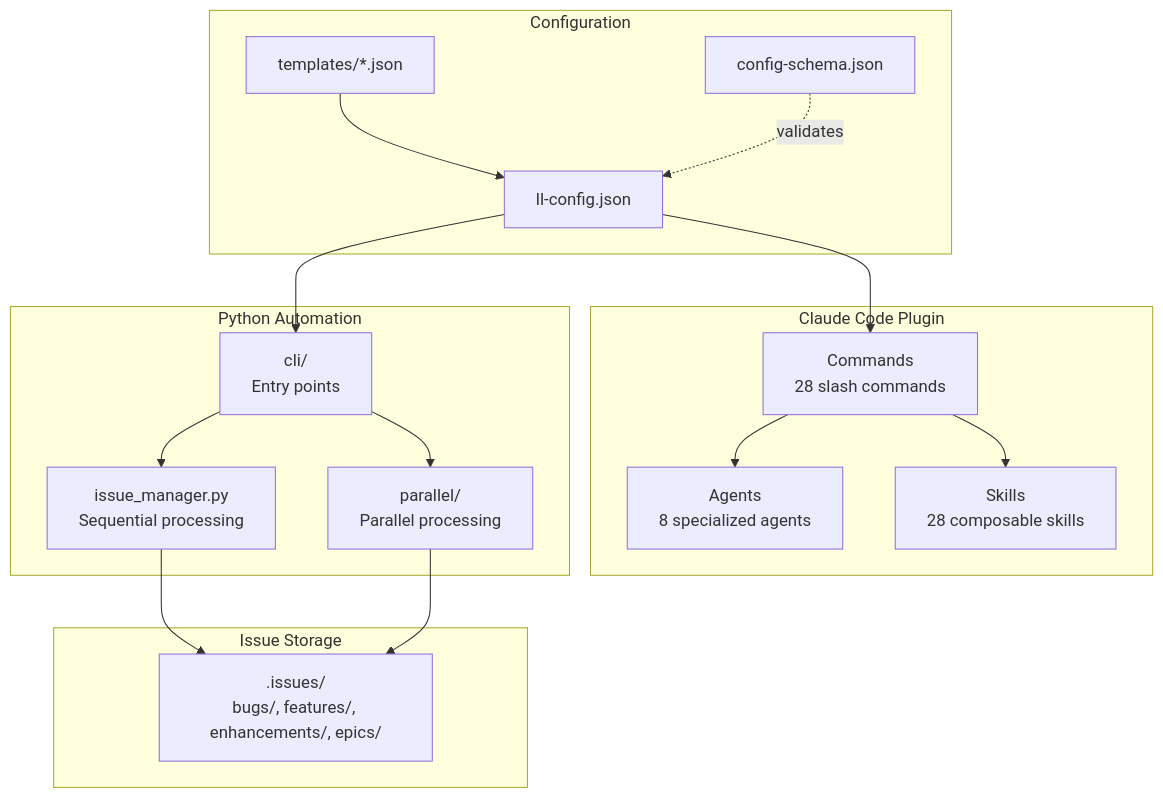
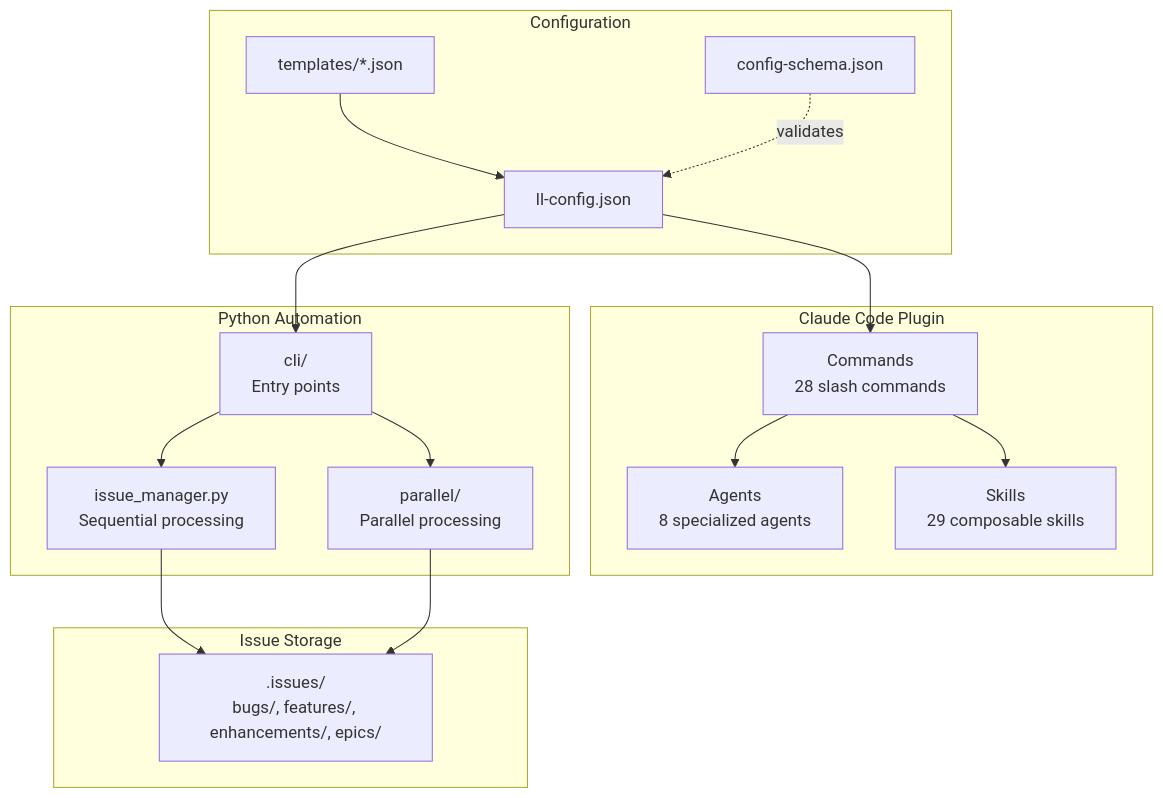
The first of 14 diagrams in docs/ARCHITECTURE.md (BrennonTWilliams/little-loops), drawn with Mermaid before and after one commit. The commit also changed other lines of this file and 8 other files, not shown here.

````diff
--- a/docs/ARCHITECTURE.md
+++ b/docs/ARCHITECTURE.md
@@ -21,35 +21,35 @@
 ```mermaid
 flowchart TB
     subgraph "Claude Code Plugin"
         CMD[Commands<br/>28 slash commands]
         AGT[Agents<br/>8 specialized agents]
-        SKL[Skills<br/>28 composable skills]
+        SKL[Skills<br/>29 composable skills]
     end
 
     subgraph "Configuration"
         CFG[ll-config.json]
         SCHEMA[config-schema.json]
         TPL[templates/*.json]
     end
 
     subgraph "Python Automation"
         CLI[cli/<br/>Entry points]
         AUTO[issue_manager.py<br/>Sequential processing]
         PARALLEL[parallel/<br/>Parallel processing]
     end
 
     subgraph "Issue Storage"
         ISSUES[.issues/<br/>bugs/, features/, enhancements/, epics/]
     end
 
     CFG --> CMD
     TPL --> CFG
     SCHEMA -.->|validates| CFG
     CFG --> CLI
     CMD --> AGT
     CMD --> SKL
     CLI --> AUTO
     CLI --> PARALLEL
     AUTO --> ISSUES
     PARALLEL --> ISSUES
 ```
````
